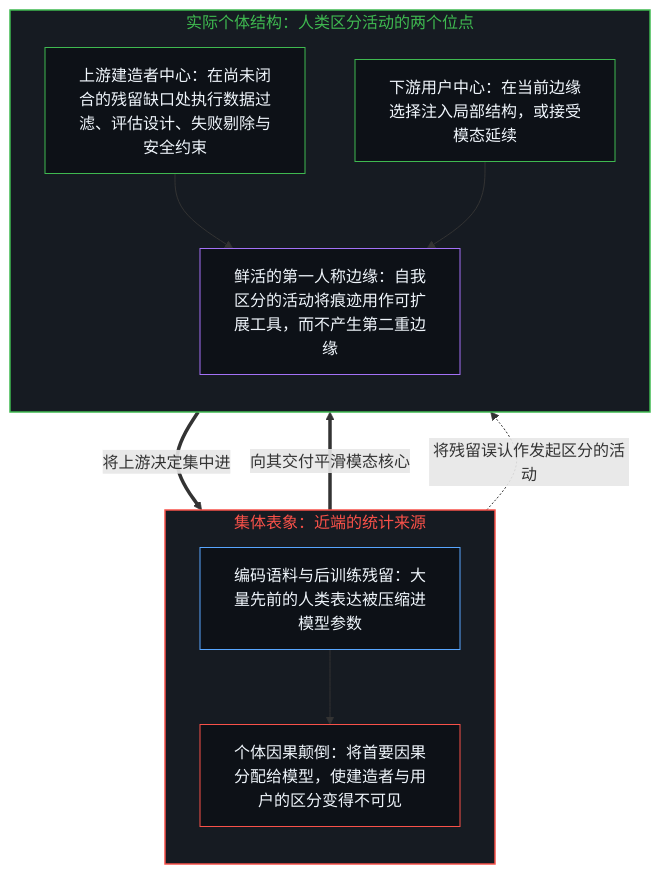
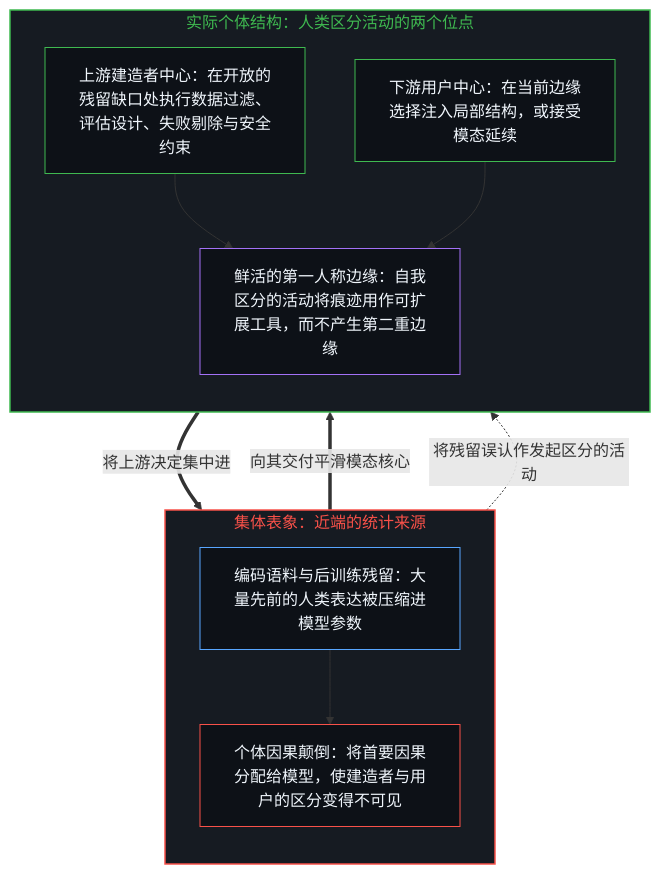
Before and after one commit to powerpig99/not-a-toe: the third of 4 diagrams in content/posts/clean-averaging-and-residual-choice.md, drawn with Mermaid. The commit also changed other lines of this file and 3 other files, not shown here.

````diff
--- a/content/posts/clean-averaging-and-residual-choice.md
+++ b/content/posts/clean-averaging-and-residual-choice.md
@@ -101,27 +101,27 @@
 ```mermaid
 flowchart TD
     subgraph S_Collective["集体表象：近端的统计来源"]
         direction TB
         P_Pool["编码语料与后训练残留：大量先前的人类表达被压缩进模型参数"]
         P_Invert["个体因果颠倒：将首要因果分配给模型，使建造者与用户的区分变得不可见"]
         P_Pool --> P_Invert
     end
     subgraph S_Sites["实际个体结构：人类区分活动的两个位点"]
         direction TB
-        B_Site["上游建造者中心：在尚未闭合的残留缺口处执行数据过滤、评估设计、失败剔除与安全约束"]
+        B_Site["上游建造者中心：在开放的残留缺口处执行数据过滤、评估设计、失败剔除与安全约束"]
         U_Site["下游用户中心：在当前边缘选择注入局部结构，或接受模态延续"]
         Edge_Return["鲜活的第一人称边缘：自我区分的活动将痕迹用作可扩展工具，而不产生第二重边缘"]
         B_Site --> Edge_Return
         U_Site --> Edge_Return
     end
     B_Site ==>|"将上游决定集中进"| P_Pool
     P_Pool ==>|"向其交付平滑模态核心"| U_Site
     P_Invert -.->|"将残留误认作发起区分的活动"| Edge_Return
     style S_Collective fill:#161b22,stroke:#f85149,stroke-width:1.5px,color:#f85149
     style S_Sites fill:#161b22,stroke:#3fb950,stroke-width:1.5px,color:#3fb950
     style P_Pool fill:#0d1117,stroke:#58a6ff,stroke-width:1px,color:#f0f6fc
     style P_Invert fill:#0d1117,stroke:#f85149,stroke-width:1px,color:#f0f6fc
     style B_Site fill:#0d1117,stroke:#3fb950,stroke-width:1px,color:#f0f6fc
     style U_Site fill:#0d1117,stroke:#3fb950,stroke-width:1px,color:#f0f6fc
     style Edge_Return fill:#0d1117,stroke:#a371f7,stroke-width:1px,color:#f0f6fc
 ```
````
